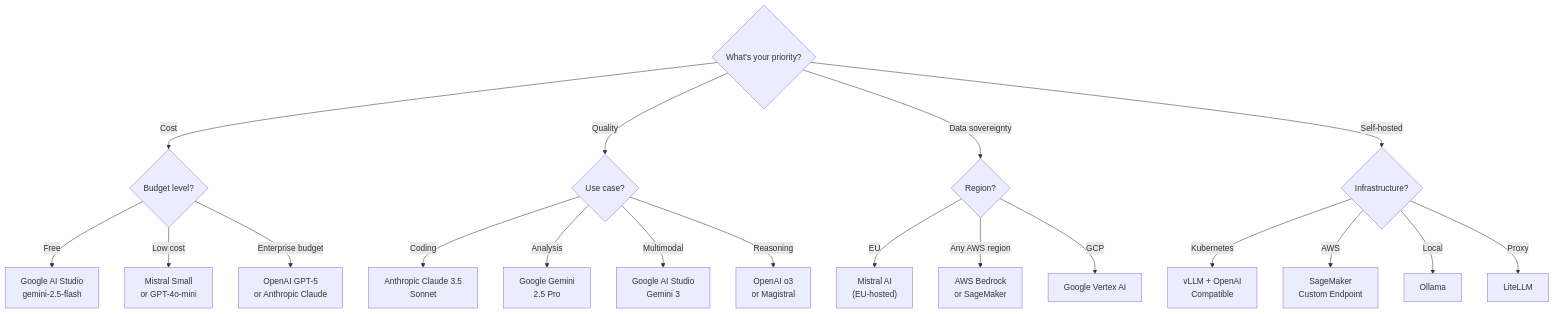
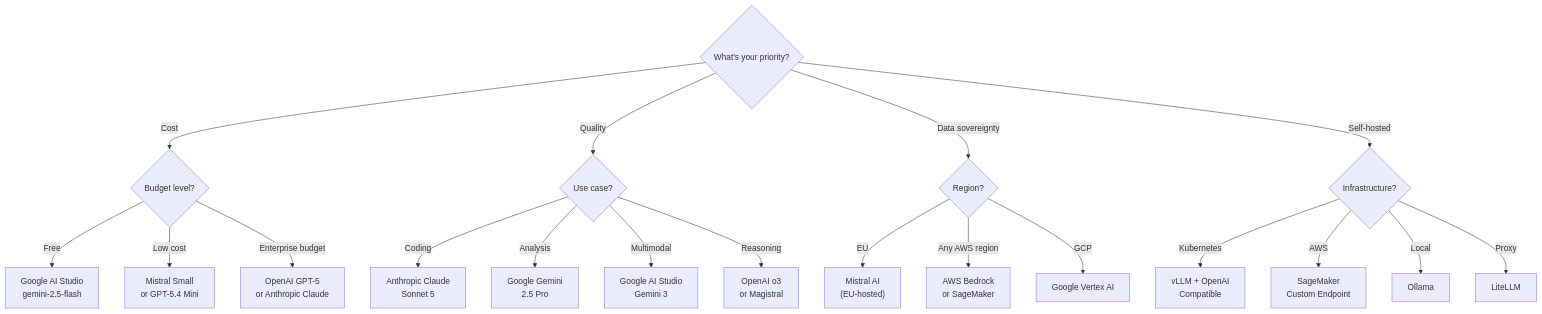
One commit to juspay/neurolink-blog changed the first of 2 diagrams in _posts/2025-07-21-provider-comparison-matrix.md. Above: the diagram before and after it, drawn with Mermaid. The commit also changed other lines of this file and 172 other files, not shown here.

````diff
--- a/_posts/2025-07-21-provider-comparison-matrix.md
+++ b/_posts/2025-07-21-provider-comparison-matrix.md
@@ -107,25 +111,25 @@
 ```mermaid
 flowchart TB
     A{What's your priority?} -->|Cost| B{Budget level?}
     A -->|Quality| C{Use case?}
     A -->|Data sovereignty| D{Region?}
     A -->|Self-hosted| E{Infrastructure?}
 
     B -->|Free| F["Google AI Studio<br/>gemini-2.5-flash"]
-    B -->|Low cost| G["Mistral Small<br/>or GPT-4o-mini"]
+    B -->|Low cost| G["Mistral Small<br/>or GPT-5.4 Mini"]
     B -->|Enterprise budget| H["OpenAI GPT-5<br/>or Anthropic Claude"]
 
-    C -->|Coding| I["Anthropic Claude 3.5<br/>Sonnet"]
+    C -->|Coding| I["Anthropic Claude<br/>Sonnet 5"]
     C -->|Analysis| J["Google Gemini<br/>2.5 Pro"]
     C -->|Multimodal| K["Google AI Studio<br/>Gemini 3"]
     C -->|Reasoning| L["OpenAI o3<br/>or Magistral"]
 
     D -->|EU| M["Mistral AI<br/>(EU-hosted)"]
     D -->|Any AWS region| N["AWS Bedrock<br/>or SageMaker"]
     D -->|GCP| O["Google Vertex AI"]
 
     E -->|Kubernetes| P["vLLM + OpenAI<br/>Compatible"]
     E -->|AWS| Q["SageMaker<br/>Custom Endpoint"]
     E -->|Local| R["Ollama"]
     E -->|Proxy| S["LiteLLM"]
 ```
````
